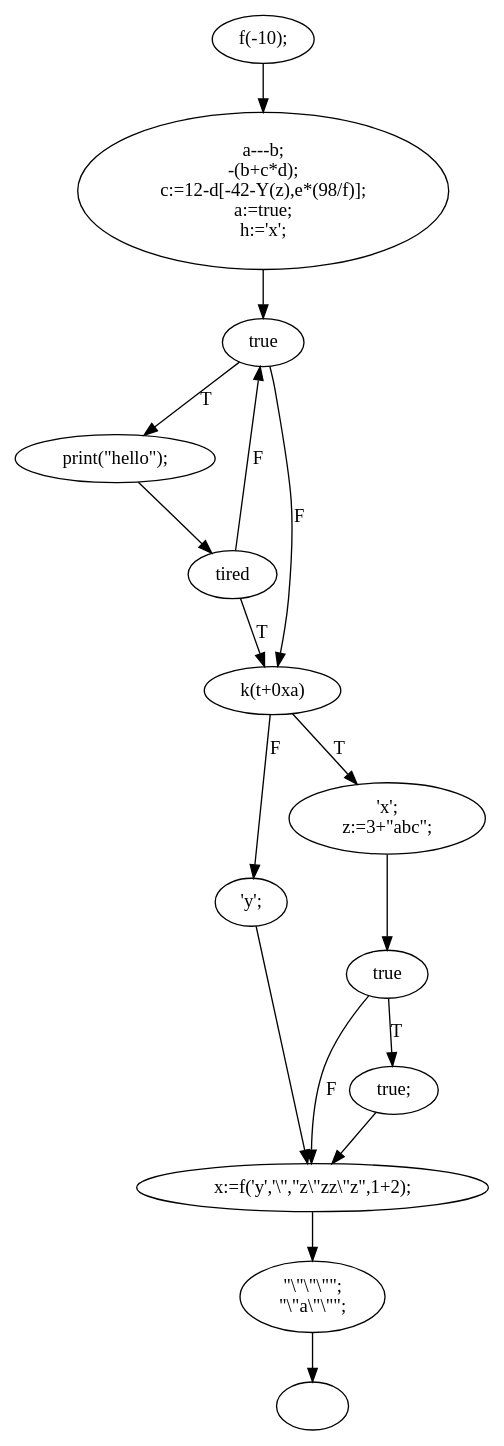
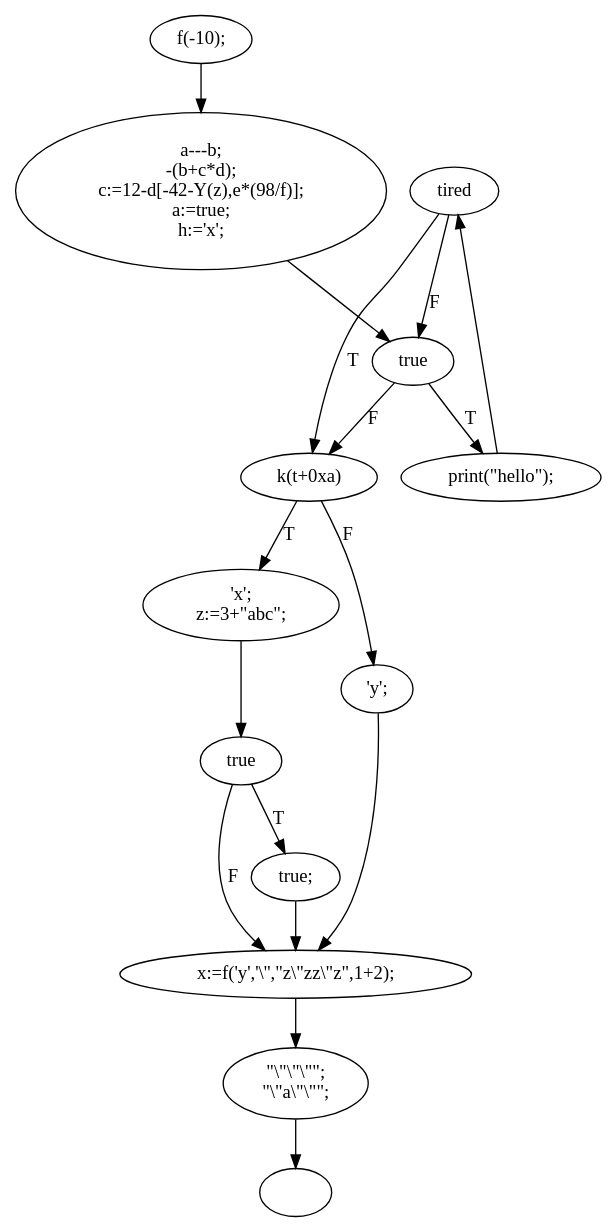
One commit to romagolchin/itmo-masters changed the diagram in program-model-verification/output/lab2_cfg/test.main.dot. Above: the diagram before and after it, drawn with Graphviz. The commit also changed 13 other files, not shown here.

```diff
--- a/program-model-verification/output/lab2_cfg/test.main.dot
+++ b/program-model-verification/output/lab2_cfg/test.main.dot
@@ -1,37 +1,37 @@
 digraph {
-  0 [label="'y';"];
-  1 [label="print(\"hello\");"];
-  2 [label="a---b;
+  0 [label="k(t+0xa)"];
+  1 [label=""];
+  2 [label="f(-10);"];
+  3 [label="x:=f('y','\\'',\"z\\\"zz\\\"z\",1+2);"];
+  4 [label="print(\"hello\");"];
+  5 [label="true;"];
+  6 [label="'x';
+z:=3+\"abc\";"];
+  7 [label="tired"];
+  8 [label="\"\\\"\\\"\\\"\";
+\"\\\"a\\\"\\\"\";"];
+  9 [label="true"];
+  10 [label="a---b;
 -(b+c*d);
 c:=12-d[-42-Y(z),e*(98/f)];
 a:=true;
 h:='x';"];
-  3 [label="true;"];
-  4 [label="\"\\\"\\\"\\\"\";
-\"\\\"a\\\"\\\"\";"];
-  5 [label="k(t+0xa)"];
-  6 [label=""];
-  7 [label="true"];
-  8 [label="true"];
-  9 [label="f(-10);"];
-  10 [label="tired"];
-  11 [label="'x';
-z:=3+\"abc\";"];
-  12 [label="x:=f('y','\\'',\"z\\\"zz\\\"z\",1+2);"];
-  9 -> 2 [label=""];
-  12 -> 4 [label=""];
-  10 -> 5 [label="T"];
-  5 -> 0 [label="F"];
-  8 -> 5 [label="F"];
-  1 -> 10 [label=""];
-  5 -> 11 [label="T"];
-  11 -> 7 [label=""];
-  0 -> 12 [label=""];
-  4 -> 6 [label=""];
+  11 [label="'y';"];
+  12 [label="true"];
+  12 -> 4 [label="T"];
+  12 -> 0 [label="F"];
+  0 -> 11 [label="F"];
+  0 -> 6 [label="T"];
+  2 -> 10 [label=""];
   7 -> 12 [label="F"];
-  3 -> 12 [label=""];
-  10 -> 8 [label="F"];
-  2 -> 8 [label=""];
-  8 -> 1 [label="T"];
-  7 -> 3 [label="T"];
+  3 -> 8 [label=""];
+  7 -> 0 [label="T"];
+  4 -> 7 [label=""];
+  5 -> 3 [label=""];
+  10 -> 12 [label=""];
+  11 -> 3 [label=""];
+  8 -> 1 [label=""];
+  6 -> 9 [label=""];
+  9 -> 3 [label="F"];
+  9 -> 5 [label="T"];
 }
```
